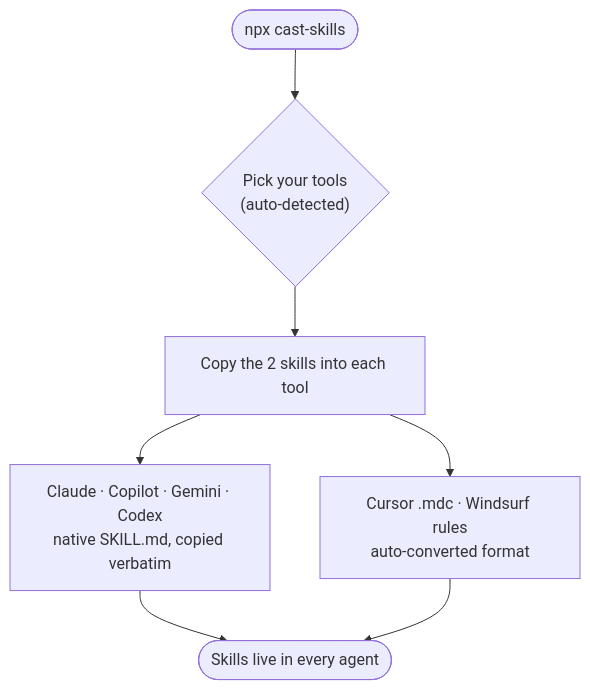
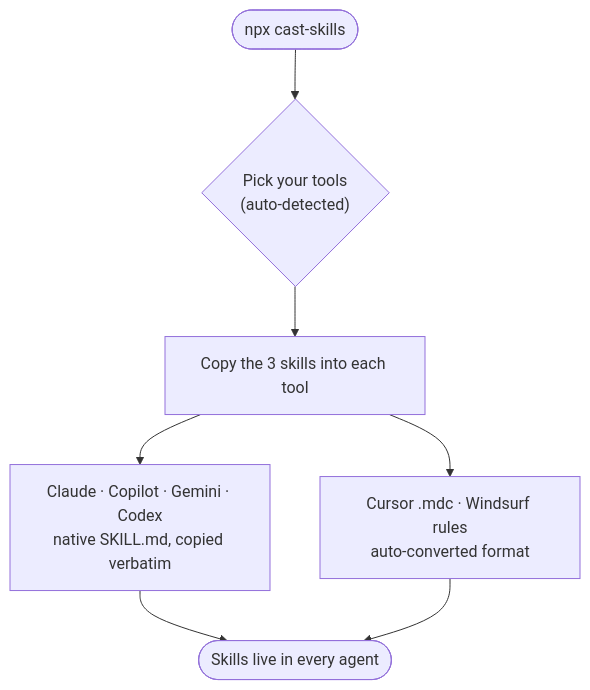
The first of 3 diagrams in README.md (pedrocastanha/cast-skills), drawn with Mermaid before and after one commit. The commit also changed other lines of this file and 3 other files, not shown here.

````diff
--- a/README.md
+++ b/README.md
@@ -63,9 +63,9 @@
 ```mermaid
 flowchart TD
     A(["npx cast-skills"]) --> B{"Pick your tools<br/>(auto-detected)"}
-    B --> C["Copy the 2 skills into each tool"]
+    B --> C["Copy the 3 skills into each tool"]
     C --> D["Claude · Copilot · Gemini · Codex<br/>native SKILL.md, copied verbatim"]
     C --> E["Cursor .mdc · Windsurf rules<br/>auto-converted format"]
     D --> F(["Skills live in every agent"])
     E --> F
 ```
````
